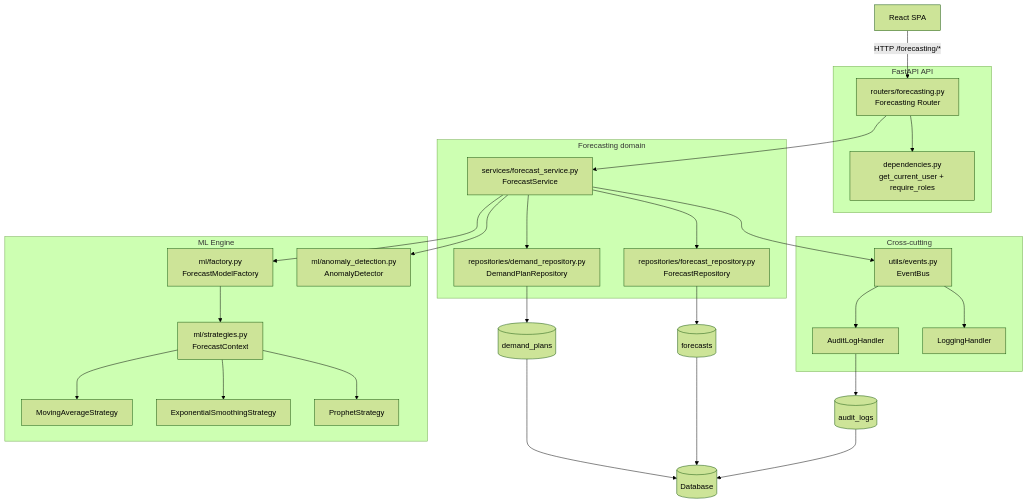
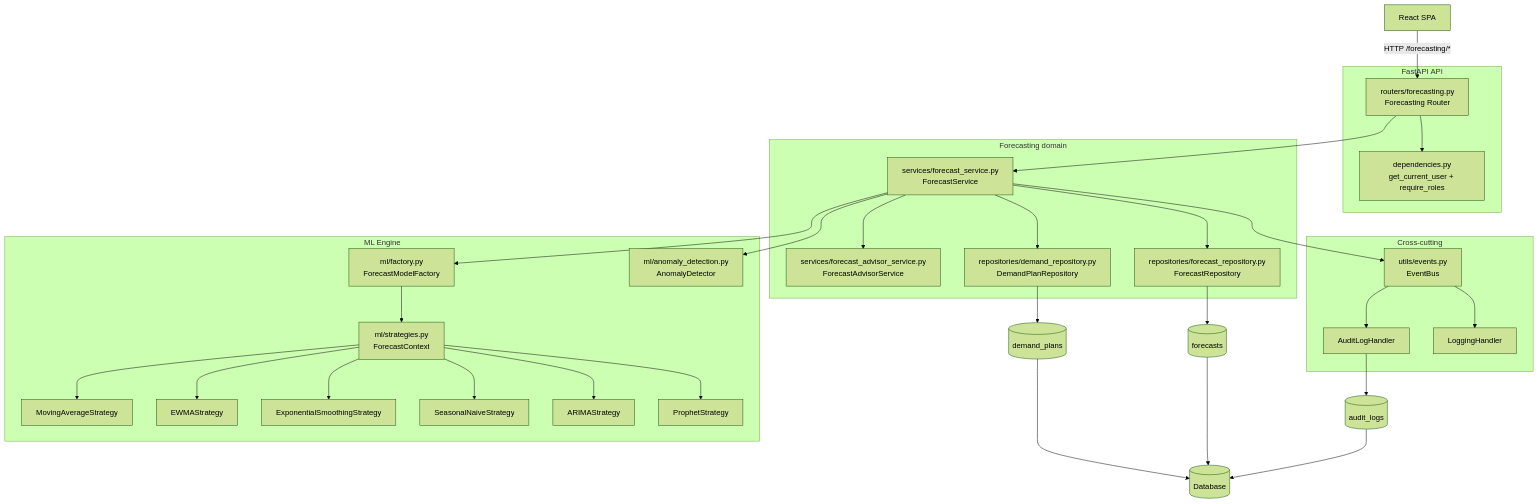
The first of 3 diagrams in docs/architecture/components-forecasting.md (irsal2012/GenXSOP), drawn with Mermaid (forest theme) before and after one commit. The commit also changed other lines of this file and 119 other files, not shown here.

````diff
--- a/docs/architecture/components-forecasting.md
+++ b/docs/architecture/components-forecasting.md
@@ -9,67 +11,76 @@
 ```mermaid
 flowchart TB
   %% External
   SPA["React SPA"]
   %% API layer
   subgraph API[FastAPI API]
     FR["routers/forecasting.py<br/>Forecasting Router"]
     DEP["dependencies.py<br/>get_current_user + require_roles"]
   end
 
   %% Domain/service layer
   subgraph Domain[Forecasting domain]
     FS["services/forecast_service.py<br/>ForecastService"]
+    FAS["services/forecast_advisor_service.py<br/>ForecastAdvisorService"]
     DPR["repositories/demand_repository.py<br/>DemandPlanRepository"]
     FOR["repositories/forecast_repository.py<br/>ForecastRepository"]
   end
 
   %% ML engine
   subgraph ML[ML Engine]
     FFactory["ml/factory.py<br/>ForecastModelFactory"]
     FContext["ml/strategies.py<br/>ForecastContext"]
     MAS[MovingAverageStrategy]
+    EWMA[EWMAStrategy]
     ESS[ExponentialSmoothingStrategy]
+    SNS[SeasonalNaiveStrategy]
+    ARIMA[ARIMAStrategy]
     PS[ProphetStrategy]
     AD["ml/anomaly_detection.py<br/>AnomalyDetector"]
   end
 
   %% Cross-cutting
   subgraph XCut[Cross-cutting]
     BUS["utils/events.py<br/>EventBus"]
     AUD[AuditLogHandler]
     LOG[LoggingHandler]
   end
 
   %% Data
   DB[(Database)]
   ForecastTbl[(forecasts)]
   DemandTbl[(demand_plans)]
   AuditTbl[(audit_logs)]
 
   %% Flows
   SPA -->|HTTP /forecasting/*| FR
   FR --> DEP
   FR --> FS
 
   FS --> DPR
   DPR --> DemandTbl
   DemandTbl --> DB
 
+  FS --> FAS
+
   FS --> FFactory
   FFactory --> FContext
   FContext --> MAS
+  FContext --> EWMA
   FContext --> ESS
+  FContext --> SNS
+  FContext --> ARIMA
   FContext --> PS
 
   FS --> FOR
   FOR --> ForecastTbl
   ForecastTbl --> DB
 
   FS --> AD
 
   FS --> BUS
   BUS --> AUD
   BUS --> LOG
   AUD --> AuditTbl
   AuditTbl --> DB
 ```
````
